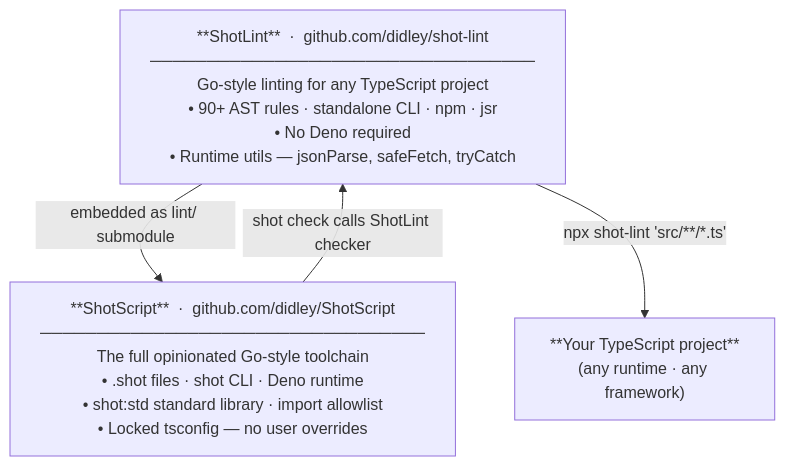
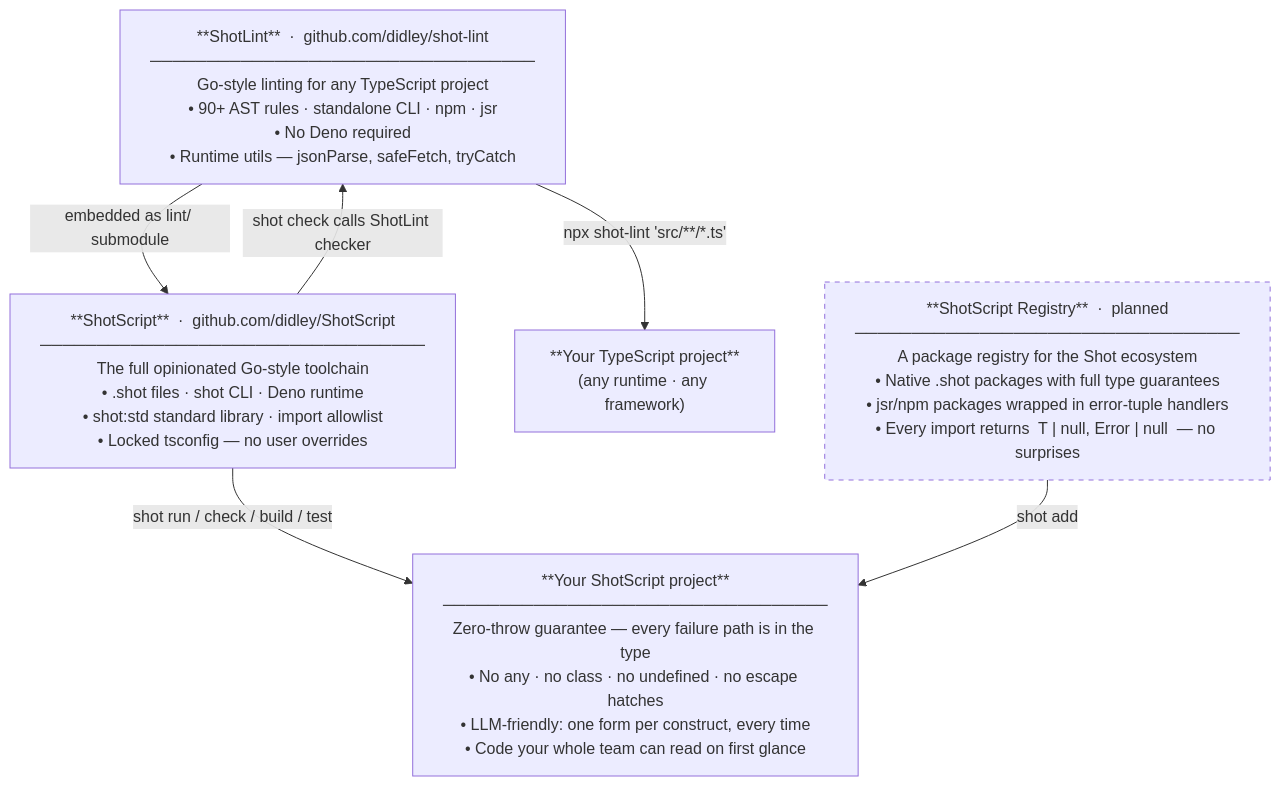
One commit to didley/EspressoScript changed the diagram in README.md. Above: the diagram before and after it, drawn with Mermaid.

Commit message:
Add ShotScript project and planned registry nodes to ecosystem diagram

````diff
--- a/README.md
+++ b/README.md
@@ -180,12 +180,20 @@
 ```mermaid
 graph TD
     SL["**ShotLint**  ·  github.com/didley/shot-lint\n──────────────────────────────────\nGo-style linting for any TypeScript project\n• 90+ AST rules · standalone CLI · npm · jsr\n• No Deno required\n• Runtime utils — jsonParse, safeFetch, tryCatch"]
 
     SS["**ShotScript**  ·  github.com/didley/ShotScript\n──────────────────────────────────\nThe full opinionated Go-style toolchain\n• .shot files · shot CLI · Deno runtime\n• shot:std standard library · import allowlist\n• Locked tsconfig — no user overrides"]
 
     TS["**Your TypeScript project**\n(any runtime · any framework)"]
 
+    SP["**Your ShotScript project**\n──────────────────────────────────\nZero-throw guarantee — every failure path is in the type\n• No any · no class · no undefined · no escape hatches\n• LLM-friendly: one form per construct, every time\n• Code your whole team can read on first glance"]
+
+    REG["**ShotScript Registry**  ·  planned\n──────────────────────────────────\nA package registry for the Shot ecosystem\n• Native .shot packages with full type guarantees\n• jsr/npm packages wrapped in error-tuple handlers\n• Every import returns  T | null, Error | null  — no surprises"]
+
     SL -->|"embedded as lint/ submodule"| SS
     SS -->|"shot check calls ShotLint checker"| SL
     SL -->|"npx shot-lint 'src/**/*.ts'"| TS
+    SS -->|"shot run / check / build / test"| SP
+    REG -->|"shot add"| SP
+
+    style REG stroke-dasharray: 5 5
 ```
````
